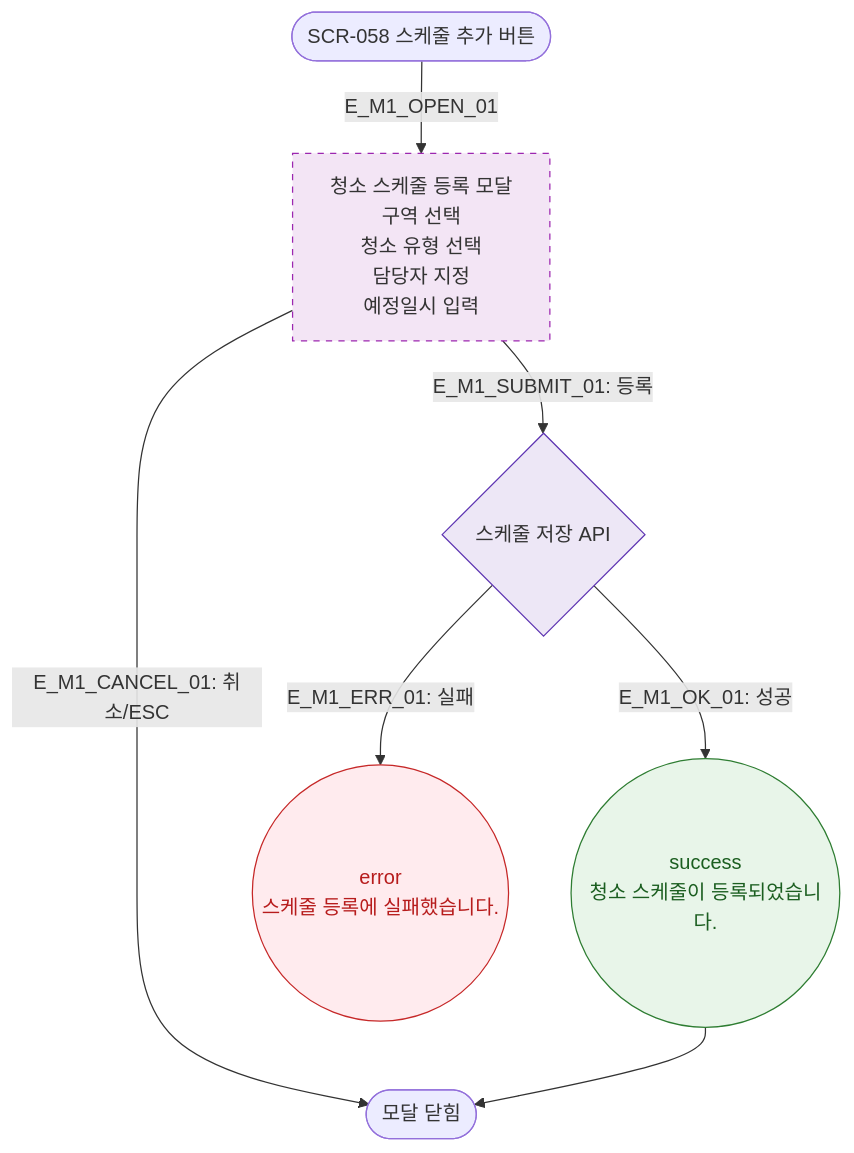
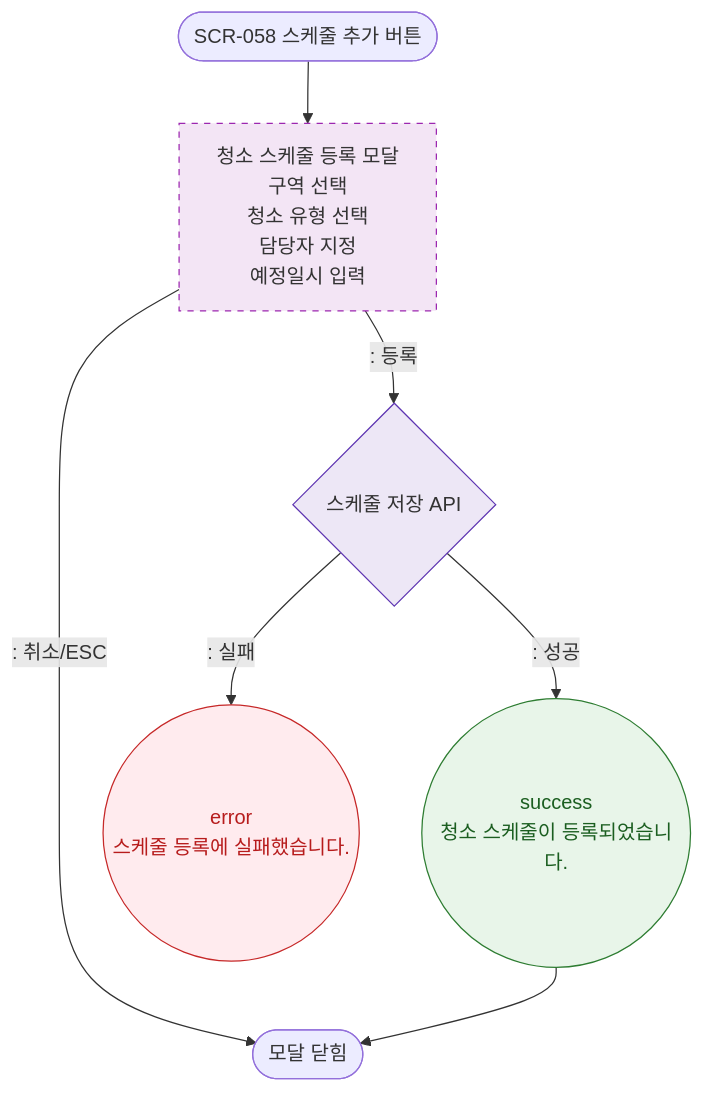
One commit to dev-spogym/admin-pando changed the diagram in docs/다이어그램/D06_시설관리/DLG/DLG-058-001_청소스케줄등록/M1_생명주기.md. Above: the diagram before and after it, drawn with Mermaid. The commit also changed other lines of this file and 1660 other files, not shown here.

First line of the commit message:
다이어그램: 기획자/클라이언트 납품본으로 정리

````diff
--- a/docs/다이어그램/D06_시설관리/DLG/DLG-058-001_청소스케줄등록/M1_생명주기.md
+++ b/docs/다이어그램/D06_시설관리/DLG/DLG-058-001_청소스케줄등록/M1_생명주기.md
@@ -16,18 +14,18 @@
 ```mermaid
 flowchart TD
-    TRIGGER([SCR-058 스케줄 추가 버튼]) -->|E_M1_OPEN_01| OPEN[청소 스케줄 등록 모달\n구역 선택\n청소 유형 선택\n담당자 지정\n예정일시 입력]
-    OPEN -->|"E_M1_SUBMIT_01: 등록"| SaveAPI{스케줄 저장 API}
-    SaveAPI -->|"E_M1_OK_01: 성공"| SUCCESS((success\n청소 스케줄이 등록되었습니다.))
-    SaveAPI -->|"E_M1_ERR_01: 실패"| FAIL((error\n스케줄 등록에 실패했습니다.))
-    OPEN -->|"E_M1_CANCEL_01: 취소/ESC"| CLOSED([모달 닫힘])
+    TRIGGER([SCR-058 스케줄 추가 버튼]) --> OPEN[청소 스케줄 등록 모달\n구역 선택\n청소 유형 선택\n담당자 지정\n예정일시 입력]
+    OPEN -->|": 등록"|SaveAPI{스케줄 저장 API}
+    SaveAPI -->|": 성공"|SUCCESS((success\n청소 스케줄이 등록되었습니다.))
+    SaveAPI -->|": 실패"|FAIL((error\n스케줄 등록에 실패했습니다.))
+    OPEN -->|": 취소/ESC"|CLOSED([모달 닫힘])
     SUCCESS --> CLOSED
 
     classDef newFeature fill:#F3E5F5,stroke:#9C27B0,stroke-dasharray:5 5
     classDef success fill:#E8F5E9,stroke:#2E7D32,color:#1B5E20
     classDef error fill:#FFEBEE,stroke:#C62828,color:#B71C1C
     classDef system fill:#EDE7F6,stroke:#5E35B2
     class OPEN newFeature
     class SUCCESS success
     class FAIL error
     class SaveAPI system
 ```
````
